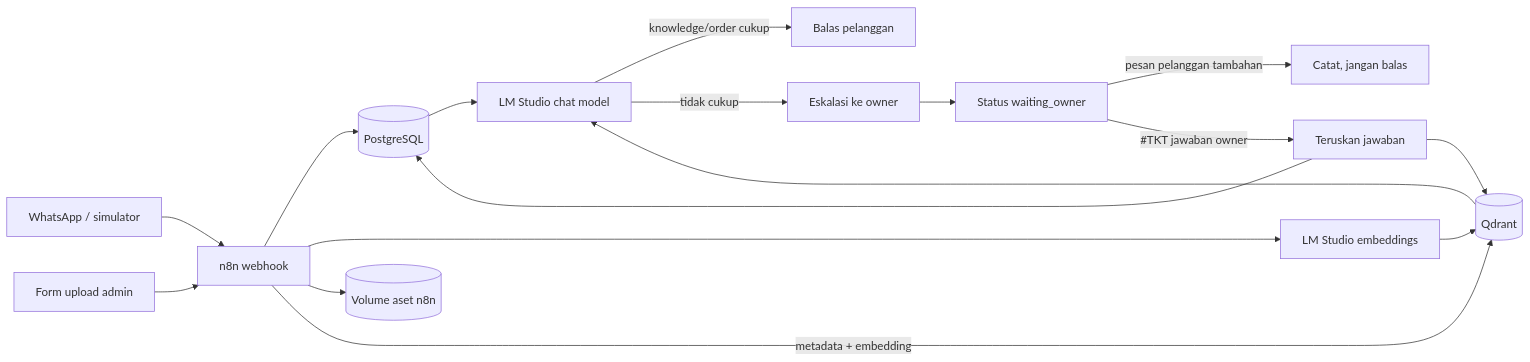
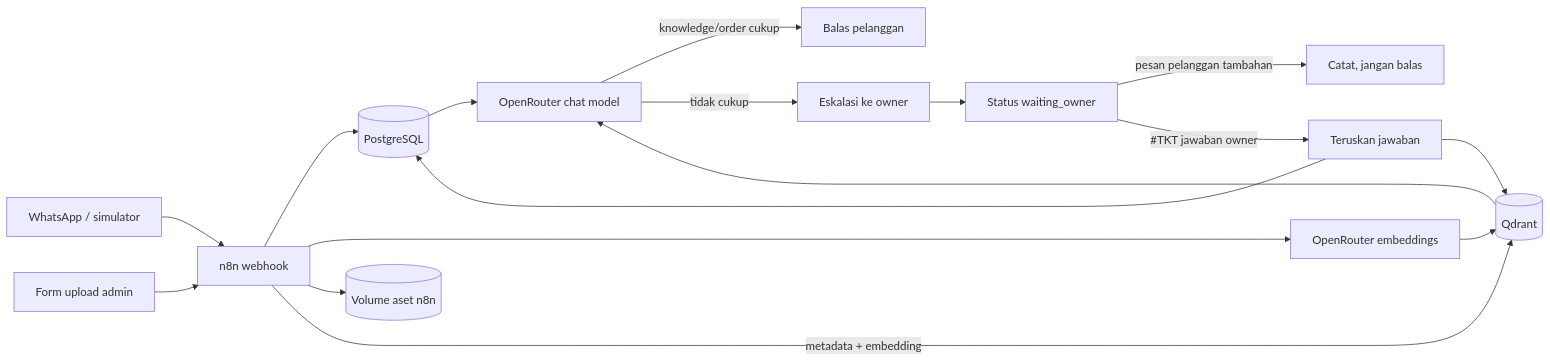
The diagram in README.md (JSuryadharma/simplified-cs-bot), drawn with Mermaid before and after one commit. The commit also changed other lines of this file and 19 other files, not shown here.

First line of the commit message:
Use OpenRouter for chat and embeddings instead of LM Studio

````diff
--- a/README.md
+++ b/README.md
@@ -63,19 +63,19 @@
 ```mermaid
 flowchart LR
     WA[WhatsApp / simulator] --> N8N[n8n webhook]
     N8N --> DB[(PostgreSQL)]
-    N8N --> EMB[LM Studio embeddings]
+    N8N --> EMB[OpenRouter embeddings]
     EMB --> Q[(Qdrant)]
     FORM[Form upload admin] --> N8N
     N8N --> ASSET[(Volume aset n8n)]
     N8N -->|metadata + embedding| Q
-    Q --> LLM[LM Studio chat model]
+    Q --> LLM[OpenRouter chat model]
     DB --> LLM
     LLM -->|knowledge/order cukup| AUTO[Balas pelanggan]
     LLM -->|tidak cukup| ESC[Eskalasi ke owner]
     ESC --> WAIT[Status waiting_owner]
     WAIT -->|pesan pelanggan tambahan| SILENT[Catat, jangan balas]
     WAIT -->|#TKT jawaban owner| DIRECT[Teruskan jawaban]
     DIRECT --> DB
     DIRECT --> Q
 ```
````
